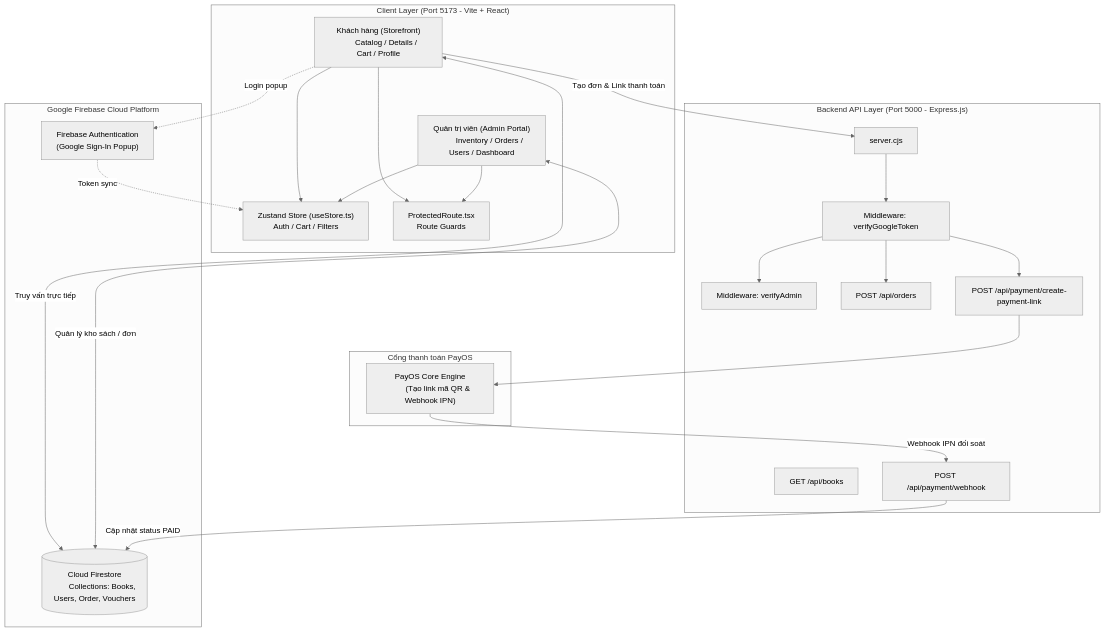
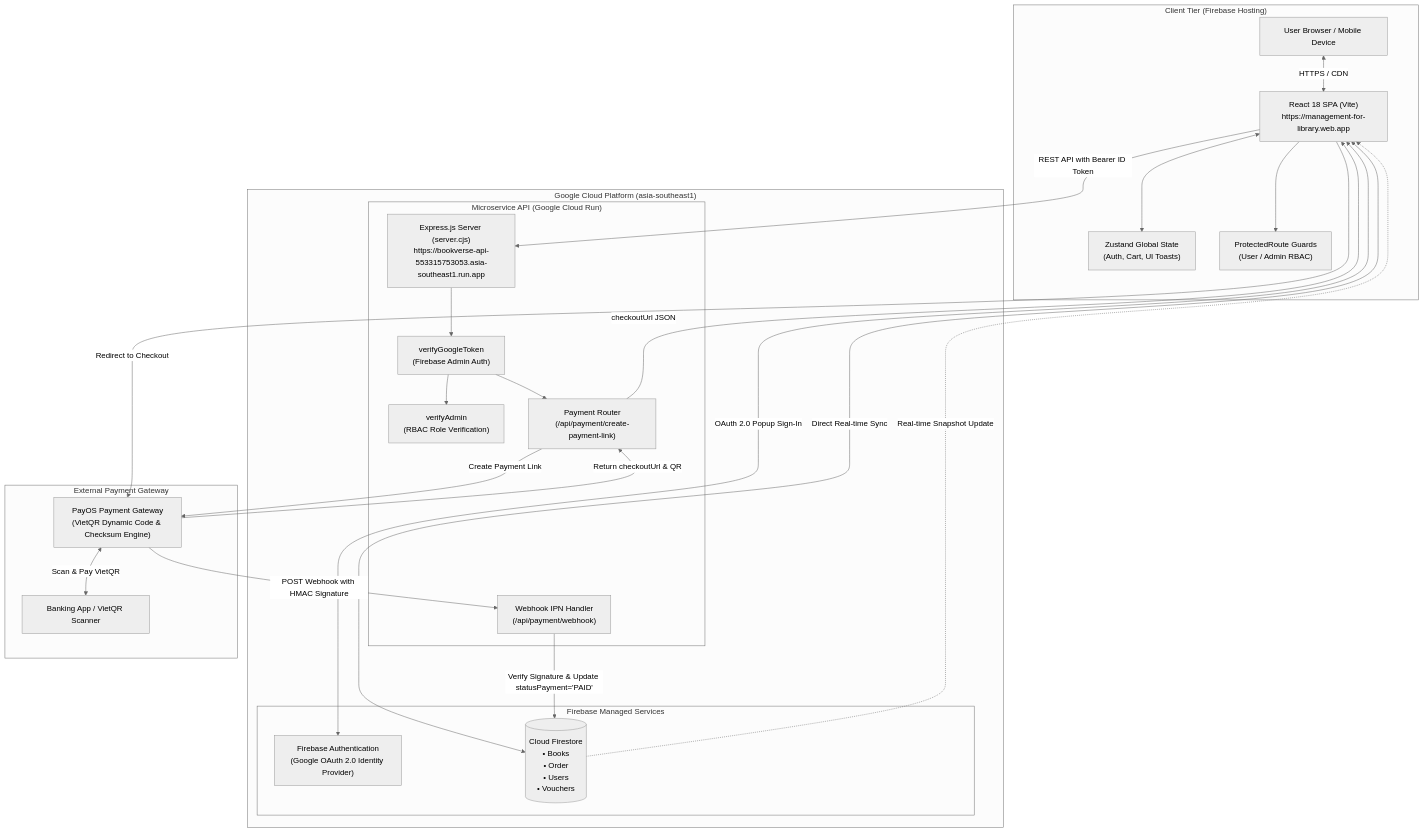
The first of 2 diagrams in README.md (KT265/Library-management-and-operation-system), drawn with Mermaid (neutral theme) before and after one commit. The commit also changed other lines of this file, not shown here.

````diff
--- a/README.md
+++ b/README.md
@@ -33,57 +257,54 @@
 ```mermaid
 flowchart TD
-    subgraph Client ["Client Layer (Port 5173 - Vite + React)"]
-        UI_Storefront["Khách hàng (Storefront)
-        Catalog / Details / Cart / Profile"]
-        UI_Admin["Quản trị viên (Admin Portal)
-        Inventory / Orders / Users / Dashboard"]
-        Store["Zustand Store (useStore.ts)
-        Auth / Cart / Filters"]
-        AuthGuard["ProtectedRoute.tsx
-        Route Guards"]
+    subgraph ClientTier ["Client Tier (Firebase Hosting)"]
+        Browser["User Browser / Mobile Device"]
+        ViteApp["React 18 SPA (Vite)<br/>https://management-for-library.web.app"]
+        ZustandStore["Zustand Global State<br/>(Auth, Cart, UI Toasts)"]
+        AuthGuards["ProtectedRoute Guards<br/>(User / Admin RBAC)"]
     end
 
-    subgraph FirebaseCloud ["Google Firebase Cloud Platform"]
-        FirebaseAuth["Firebase Authentication
-        (Google Sign-In Popup)"]
-        FirestoreDB[("Cloud Firestore
-        Collections: Books, Users, Order, Vouchers")]
+    subgraph GoogleCloud ["Google Cloud Platform (asia-southeast1)"]
+        subgraph CloudRunService ["Microservice API (Google Cloud Run)"]
+            ExpressServer["Express.js Server (server.cjs)<br/>https://bookverse-api-553315753053.asia-southeast1.run.app"]
+            TokenVerifier["verifyGoogleToken<br/>(Firebase Admin Auth)"]
+            AdminVerifier["verifyAdmin<br/>(RBAC Role Verification)"]
+            PaymentRouter["Payment Router<br/>(/api/payment/create-payment-link)"]
+            WebhookHandler["Webhook IPN Handler<br/>(/api/payment/webhook)"]
+        end
+
+        subgraph FirebaseServices ["Firebase Managed Services"]
+            FirebaseAuth["Firebase Authentication<br/>(Google OAuth 2.0 Identity Provider)"]
+            FirestoreDB[("Cloud Firestore<br/>• Books<br/>• Order<br/>• Users<br/>• Vouchers")]
+        end
     end
 
-    subgraph BackendServer ["Backend API Layer (Port 5000 - Express.js)"]
-        Server["server.cjs"]
-        MW_Auth["Middleware: verifyGoogleToken"]
-        MW_Admin["Middleware: verifyAdmin"]
-        API_Books["GET /api/books"]
-        API_Orders["POST /api/orders"]
-        API_Payment["POST /api/payment/create-payment-link"]
-        API_Webhook["POST /api/payment/webhook"]
+    subgraph ExternalGateway ["External Payment Gateway"]
+        PayOS["PayOS Payment Gateway<br/>(VietQR Dynamic Code & Checksum Engine)"]
+        BankingApp["Banking App / VietQR Scanner"]
     end
 
-    subgraph PaymentGateway ["Cổng thanh toán PayOS"]
-        PayOS_Server["PayOS Core Engine
-        (Tạo link mã QR & Webhook IPN)"]
-    end
+    %% Flow connections
+    Browser <-->|HTTPS / CDN| ViteApp
+    ViteApp <--> ZustandStore
+    ViteApp --> AuthGuards
+    ViteApp <-->|Direct Real-time Sync| FirestoreDB
+    ViteApp <-->|OAuth 2.0 Popup Sign-In| FirebaseAuth
 
-    %% Client Interactions
-    UI_Storefront --> Store
-    UI_Admin --> Store
-    UI_Storefront -.->|Login popup| FirebaseAuth
-    FirebaseAuth -.->|Token sync| Store
-    UI_Storefront --> AuthGuard
-    UI_Admin --> AuthGuard
+    %% Frontend to Backend API
+    ViteApp -->|REST API with Bearer ID Token| ExpressServer
+    ExpressServer --> TokenVerifier
+    TokenVerifier --> AdminVerifier
+    TokenVerifier --> PaymentRouter
 
-    %% Direct Firestore for Reads & Profile
-    UI_Storefront <-->|Truy vấn trực tiếp| FirestoreDB
-    UI_Admin <-->|Quản lý kho sách / đơn| FirestoreDB
+    %% Payment Routing
+    PaymentRouter -->|Create Payment Link| PayOS
+    PayOS -->|Return checkoutUrl & QR| PaymentRouter
+    PaymentRouter -->|checkoutUrl JSON| ViteApp
+    ViteApp -->|Redirect to Checkout| PayOS
 
-    %% Backend API interactions
-    UI_Storefront -->|Tạo đơn & Link thanh toán| Server
-    Server --> MW_Auth
-    MW_Auth --> MW_Admin
-    MW_Auth --> API_Orders
-    MW_Auth --> API_Payment
-    API_Payment --> PayOS_Server
-    PayOS_Server -->|Webhook IPN đối soát| API_Webhook
-    API_Webhook -->|Cập nhật status PAID| FirestoreDB
+    %% Customer Payment & Webhook
+    PayOS <-->|Scan & Pay VietQR| BankingApp
+    PayOS -->|POST Webhook with HMAC Signature| WebhookHandler
+    WebhookHandler -->|Verify Signature & Update statusPayment='PAID'| FirestoreDB
+    FirestoreDB -.->|Real-time Snapshot Update| ViteApp
 ```
````
